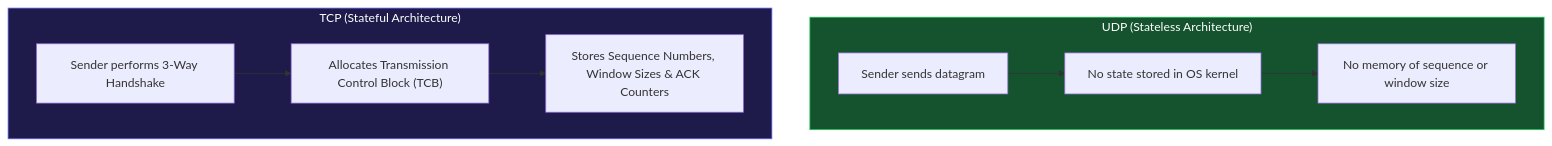
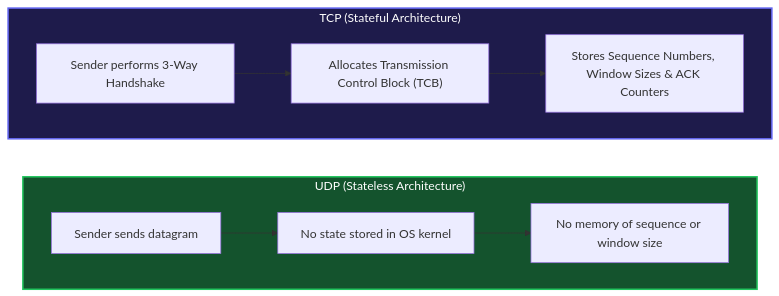
Before and after one commit to ayuslharora/blog-ayuslh: the third of 8 diagrams in content/posts/networking/ch15-transmission-control-protocol-tcp.mdx, drawn with Mermaid. The commit also changed 1 other file, not shown here.

Commit message:
Stack Stateful vs Stateless subgraphs vertically

````diff
--- a/content/posts/networking/ch15-transmission-control-protocol-tcp.mdx
+++ b/content/posts/networking/ch15-transmission-control-protocol-tcp.mdx
@@ -120,13 +120,17 @@
 ```mermaid
 flowchart TD
+    subgraph TCP_State ["TCP (Stateful Architecture)"]
+        direction LR
+        T1["Sender performs 3-Way Handshake"] --> T2["Allocates Transmission Control Block (TCB)"] --> T3["Stores Sequence Numbers, Window Sizes & ACK Counters"]
+    end
+
     subgraph UDP_State ["UDP (Stateless Architecture)"]
+        direction LR
         U1["Sender sends datagram"] --> U2["No state stored in OS kernel"] --> U3["No memory of sequence or window size"]
     end
 
-    subgraph TCP_State ["TCP (Stateful Architecture)"]
-        T1["Sender performs 3-Way Handshake"] --> T2["Allocates Transmission Control Block (TCB)"] --> T3["Stores Sequence Numbers, Window Sizes & ACK Counters"]
-    end
+    TCP_State ~~~ UDP_State
 
-    style UDP_State fill:#14532d,stroke:#22c55e,color:#fff
-    style TCP_State fill:#1e1b4b,stroke:#6366f1,color:#fff
+    style TCP_State fill:#1e1b4b,stroke:#6366f1,stroke-width:2px,color:#fff
+    style UDP_State fill:#14532d,stroke:#22c55e,stroke-width:2px,color:#fff
 ```
````
